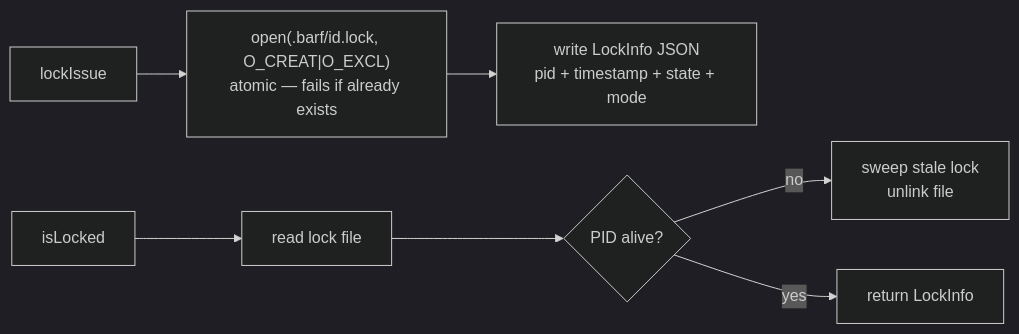
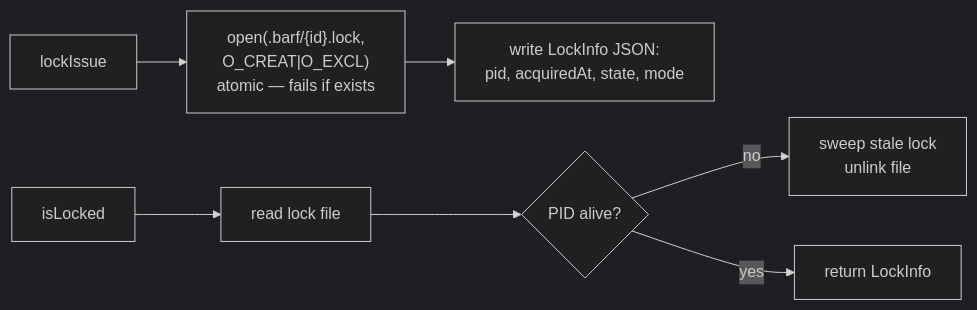
The first of 2 diagrams in resources/architecture/providers.md (vx-daniel/barf-ts), drawn with Mermaid (dark theme) before and after one commit. The commit also changed other lines of this file and 16 other files, not shown here.

````diff
--- a/resources/architecture/providers.md
+++ b/resources/architecture/providers.md
@@ -41,10 +42,10 @@
 ```mermaid
 flowchart LR
-    A[lockIssue] --> B["open(.barf/id.lock, O_CREAT|O_EXCL)\natomic — fails if already exists"]
-    B --> C[write LockInfo JSON\npid + timestamp + state + mode]
+    A[lockIssue] --> B["open(.barf/{id}.lock,\nO_CREAT|O_EXCL)\natomic — fails if exists"]
+    B --> C["write LockInfo JSON:\npid, acquiredAt, state, mode"]
 
     D[isLocked] --> E[read lock file]
     E --> F{PID alive?}
     F -- no --> G[sweep stale lock\nunlink file]
     F -- yes --> H[return LockInfo]
 ```
````
